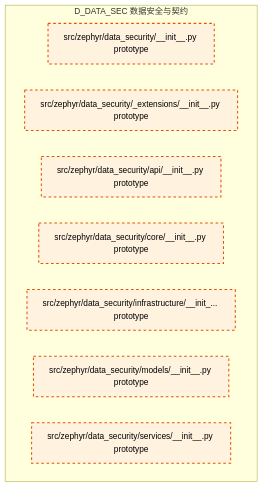
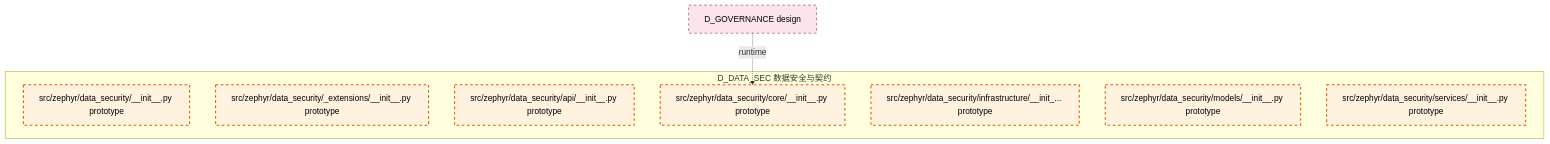
The diagram in docs/02_enterprise_architecture/02_domain_architecture_docs/10_d_data_sec.md (xuanFelixVan/ZephyrAlpha), drawn with Mermaid before and after one commit. The commit also changed other lines of this file and 99 other files, not shown here.

````diff
--- a/docs/02_enterprise_architecture/02_domain_architecture_docs/10_d_data_sec.md
+++ b/docs/02_enterprise_architecture/02_domain_architecture_docs/10_d_data_sec.md
@@ -47,17 +47,20 @@
 ```mermaid
 graph TD
     subgraph D_DATA_SEC["D_DATA_SEC 数据安全与契约"]
         src_zephyr_data_security_init_py["src/zephyr/data_security/__init__.py prototype"]
         src_zephyr_data_security_extensions_init_py["src/zephyr/data_security/_extensions/__init__.py prototype"]
         src_zephyr_data_security_api_init_py["src/zephyr/data_security/api/__init__.py prototype"]
         src_zephyr_data_security_core_init_py["src/zephyr/data_security/core/__init__.py prototype"]
         src_zephyr_data_security_infrastructure_init_py["src/zephyr/data_security/infrastructure/__init_... prototype"]
         src_zephyr_data_security_models_init_py["src/zephyr/data_security/models/__init__.py prototype"]
         src_zephyr_data_security_services_init_py["src/zephyr/data_security/services/__init__.py prototype"]
     end
+    D_GOVERNANCE["D_GOVERNANCE design"]
+    D_GOVERNANCE -.->|runtime| src_zephyr_data_security_core_init_py
     classDef production fill:#e1f5fe,stroke:#01579b,stroke-width:2px,color:#000
     classDef design fill:#fff3e0,stroke:#e65100,stroke-width:2px,color:#000,stroke-dasharray: 5 5
     classDef external_prod fill:#e8f5e9,stroke:#1b5e20,stroke-width:1px,color:#000
     classDef external_design fill:#fce4ec,stroke:#880e4f,stroke-width:1px,color:#000,stroke-dasharray: 5 5
     class src_zephyr_data_security_init_py,src_zephyr_data_security_extensions_init_py,src_zephyr_data_security_api_init_py,src_zephyr_data_security_core_init_py,src_zephyr_data_security_infrastructure_init_py,src_zephyr_data_security_models_init_py,src_zephyr_data_security_services_init_py design
+    class D_GOVERNANCE external_design
 ```
````
